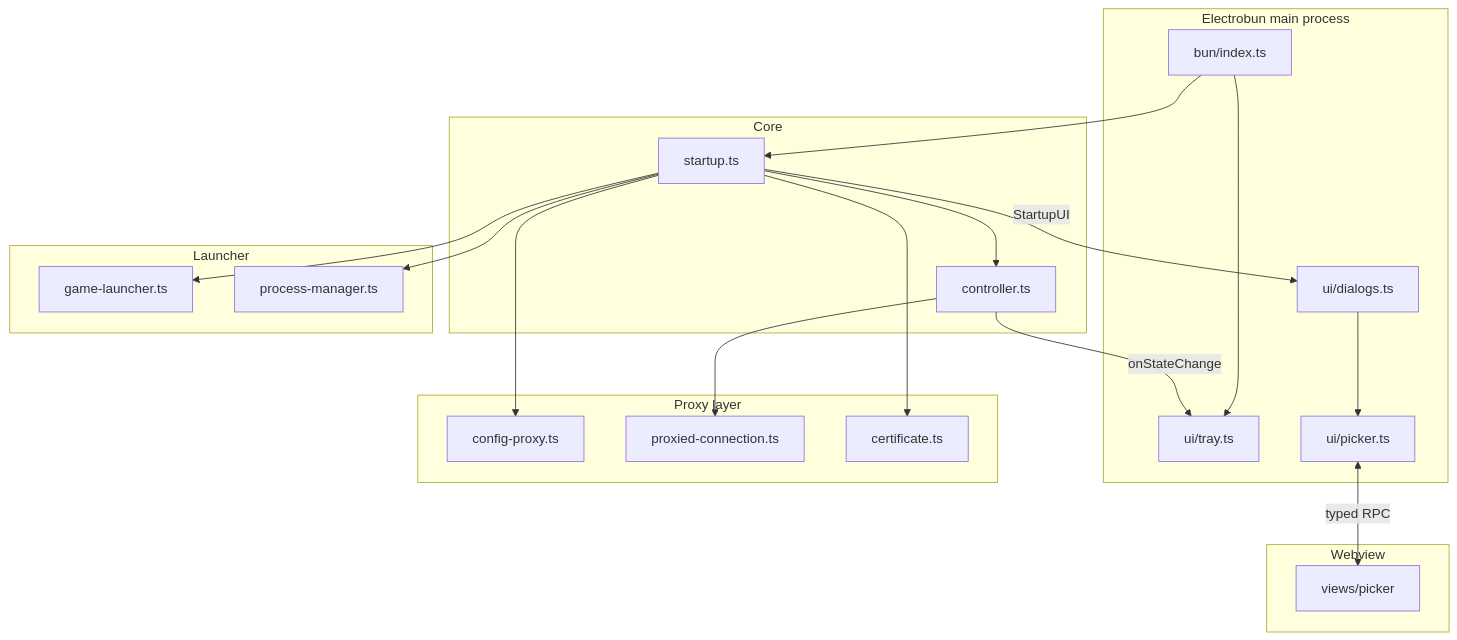
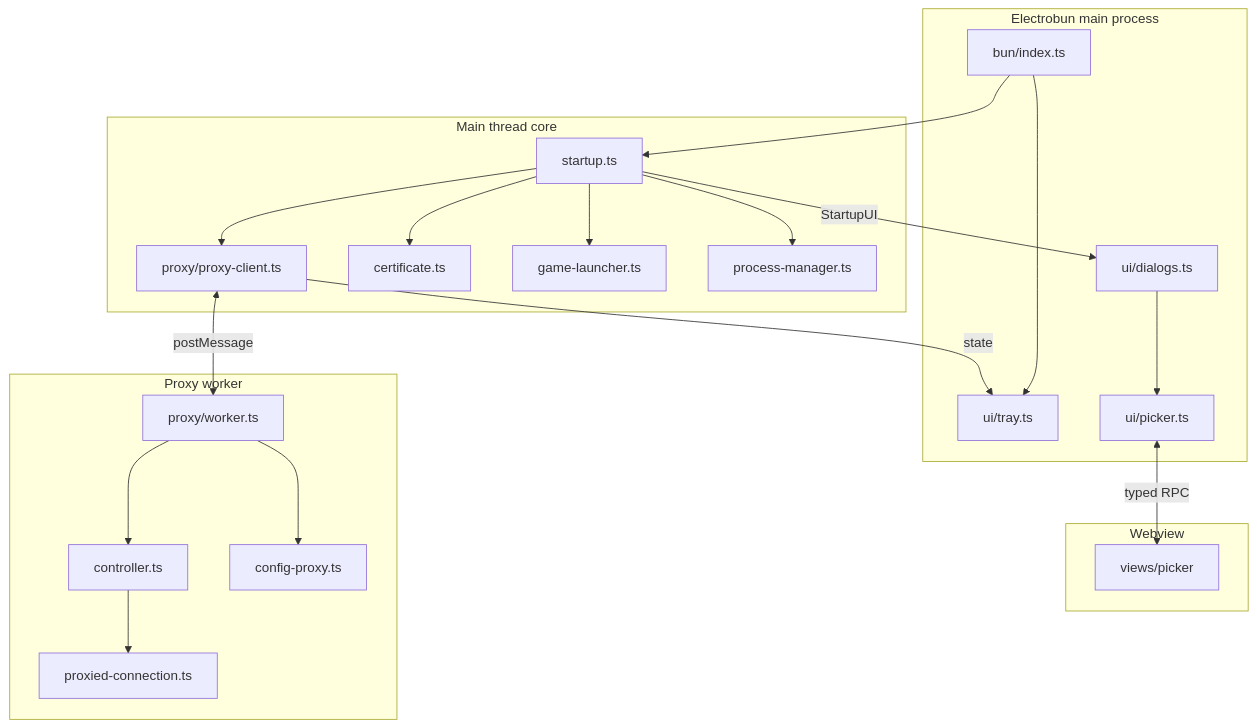
The first of 3 diagrams in docs/ARCHITECTURE.md (Dyn4sty/deceive-js), drawn with Mermaid before and after one commit. The commit also changed other lines of this file and 23 other files, not shown here.

````diff
--- a/docs/ARCHITECTURE.md
+++ b/docs/ARCHITECTURE.md
@@ -48,42 +63,43 @@
 ```mermaid
 flowchart TB
     subgraph App [Electrobun main process]
         Main["bun/index.ts"]
         Tray["ui/tray.ts"]
         Dialogs["ui/dialogs.ts"]
         Picker["ui/picker.ts"]
     end
 
     subgraph View [Webview]
         PickerView["views/picker"]
     end
 
-    subgraph Core [Core]
+    subgraph Core [Main thread core]
         Startup["startup.ts"]
-        Controller["controller.ts"]
+        Client["proxy/proxy-client.ts"]
+        Cert["certificate.ts"]
+        GameLauncher["game-launcher.ts"]
+        ProcessMgr["process-manager.ts"]
     end
 
-    subgraph Proxy [Proxy layer]
+    subgraph WorkerThread [Proxy worker]
+        WorkerEntry["proxy/worker.ts"]
+        Controller["controller.ts"]
         ConfigProxy["config-proxy.ts"]
         ProxiedConn["proxied-connection.ts"]
-        Cert["certificate.ts"]
-    end
-
-    subgraph Launcher [Launcher]
-        GameLauncher["game-launcher.ts"]
-        ProcessMgr["process-manager.ts"]
     end
 
     Main --> Startup
     Main --> Tray
     Startup -->|StartupUI| Dialogs
     Dialogs --> Picker
     Picker <-->|"typed RPC"| PickerView
-    Startup --> Controller
-    Startup --> ConfigProxy
+    Startup --> Cert
     Startup --> GameLauncher
     Startup --> ProcessMgr
+    Startup --> Client
+    Client <-->|postMessage| WorkerEntry
+    WorkerEntry --> Controller
+    WorkerEntry --> ConfigProxy
     Controller --> ProxiedConn
-    Controller -->|onStateChange| Tray
-    Startup --> Cert
+    Client -->|state| Tray
 ```
````
